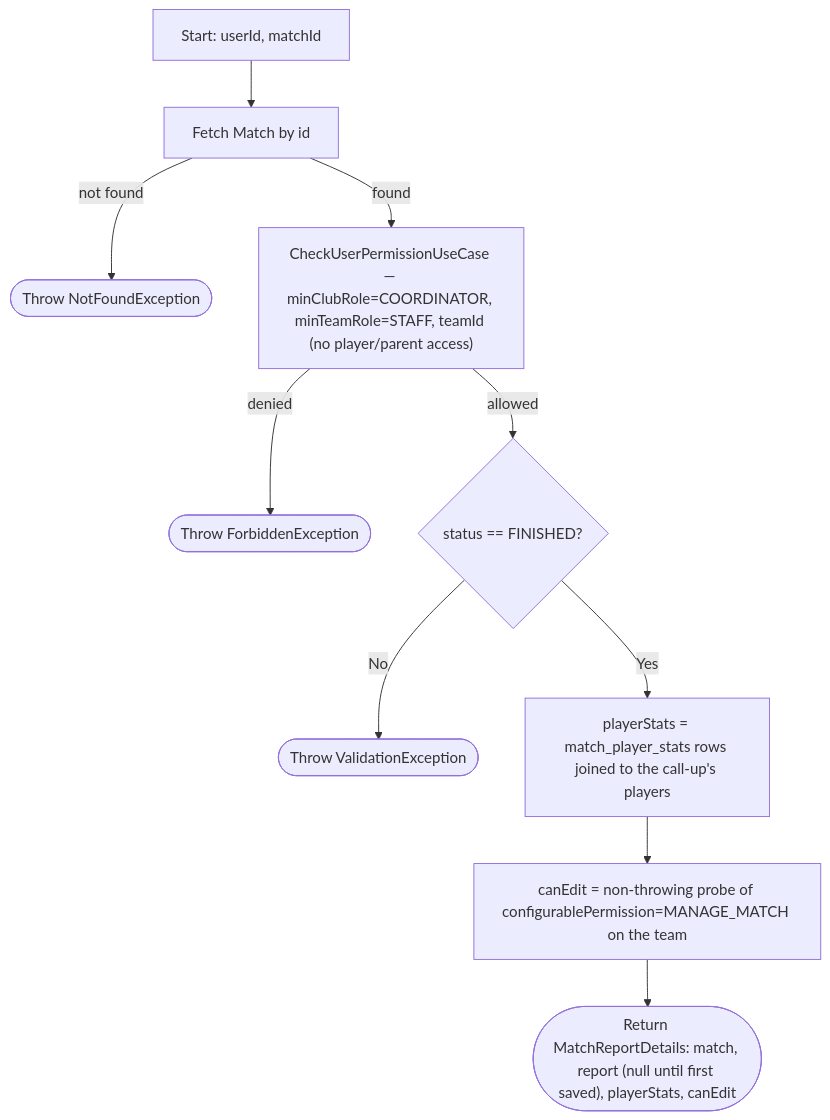
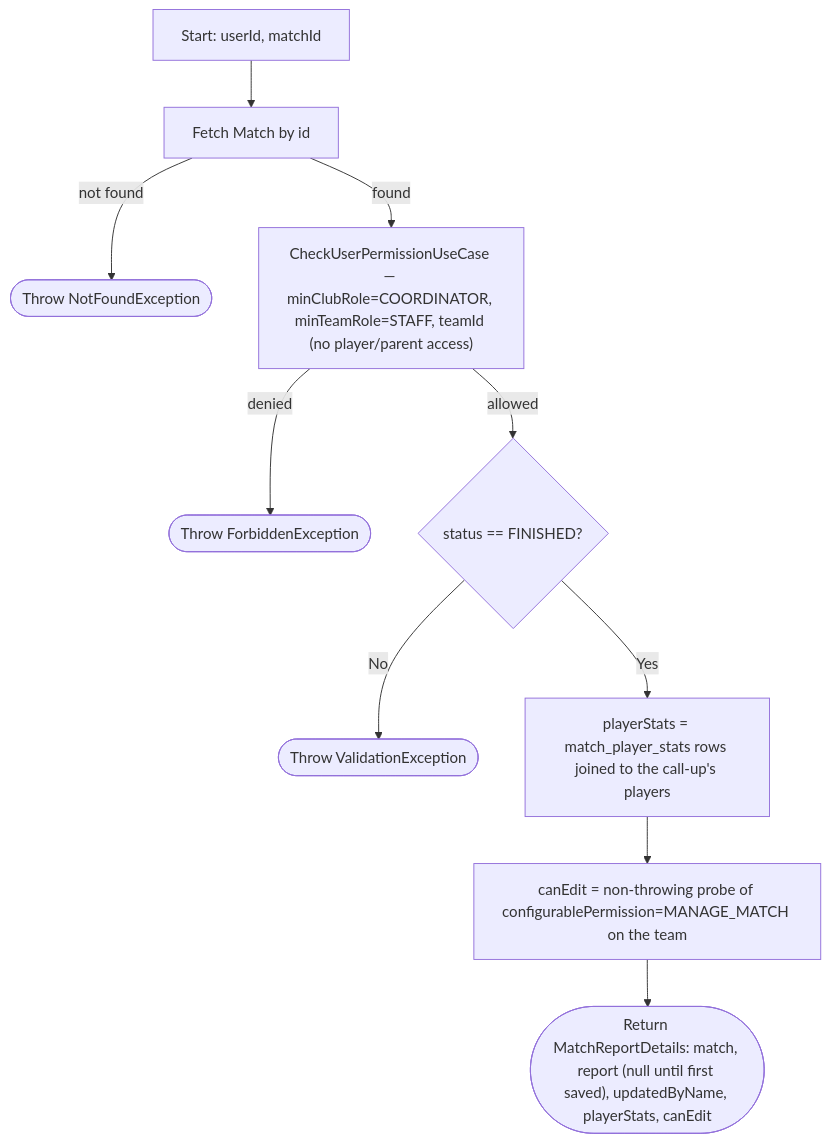
Before and after one commit to ricardofrango/squadify: diagram 54 of 60 in PROCESS_FLOWS.md, drawn with Mermaid. The commit also changed other lines of this file and 7 other files, not shown here.

First line of the commit message:
Expose report status on Match Details and the report's header data

````diff
--- a/PROCESS_FLOWS.md
+++ b/PROCESS_FLOWS.md
@@ -1241,12 +1245,12 @@
 ```mermaid
 graph TD
     A[Start: userId, matchId] --> B[Fetch Match by id]
     B -- not found --> N(["Throw NotFoundException"])
     B -- found --> C["CheckUserPermissionUseCase — minClubRole=COORDINATOR, minTeamRole=STAFF, teamId (no player/parent access)"]
     C -- denied --> F(["Throw ForbiddenException"])
     C -- allowed --> D{status == FINISHED?}
     D -- No --> V(["Throw ValidationException"])
     D -- Yes --> E["playerStats = match_player_stats rows joined to the call-up's players"]
     E --> G["canEdit = non-throwing probe of configurablePermission=MANAGE_MATCH on the team"]
-    G --> Z(["Return MatchReportDetails: match, report (null until first saved), playerStats, canEdit"])
+    G --> Z(["Return MatchReportDetails: match, report (null until first saved), updatedByName, playerStats, canEdit"])
 ```
````
